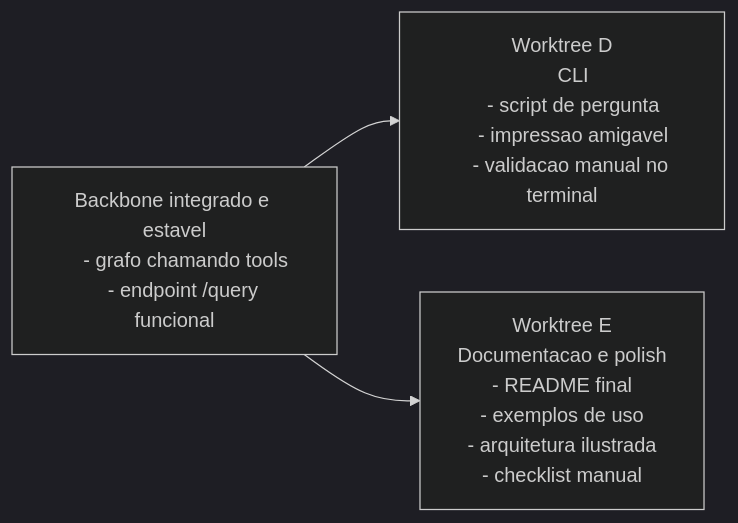
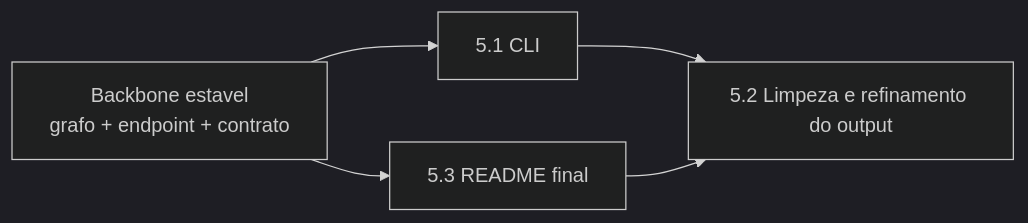
One commit to Gabriel-Fachini/media-traffic-ai-analyst changed the fifth of 6 diagrams in .specs/parallelization-flows.md. Above: the diagram before and after it, drawn with Mermaid (dark theme). The commit also changed other lines of this file and 2 other files, not shown here.

````diff
--- a/.specs/parallelization-flows.md
+++ b/.specs/parallelization-flows.md
@@ -57,17 +234,8 @@
 ```mermaid
 flowchart LR
-    Backbone["Backbone integrado e estavel
-    - grafo chamando tools
-    - endpoint /query funcional"] --> CLI["Worktree D
-    CLI
-    - script de pergunta
-    - impressao amigavel
-    - validacao manual no terminal"]
-
-    Backbone --> Docs["Worktree E
-    Documentacao e polish
-    - README final
-    - exemplos de uso
-    - arquitetura ilustrada
-    - checklist manual"]
+    Backbone["Backbone estavel
+    grafo + endpoint + contrato"] --> CLI["5.1 CLI"]
+    Backbone --> Docs["5.3 README final"]
+    CLI --> Polish["5.2 Limpeza e refinamento do output"]
+    Docs --> Polish
 ```
````
